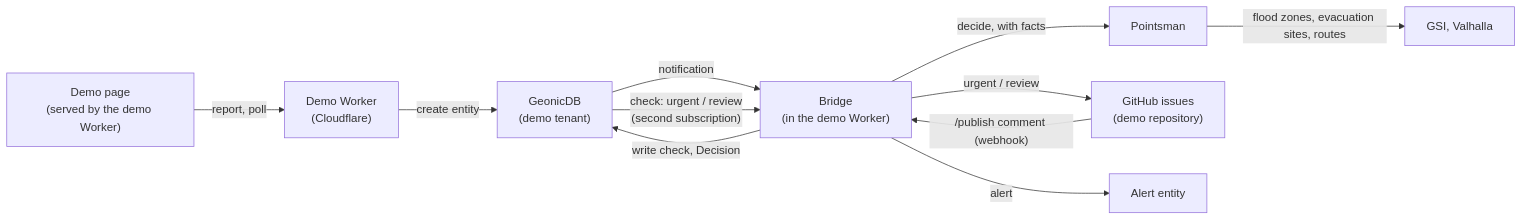
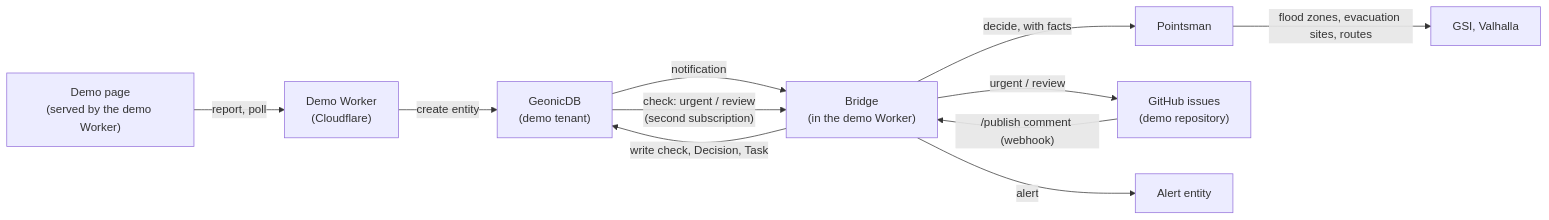
Before and after one commit to geolonia/pointsman: the diagram in docs/fiware-demo.md, drawn with Mermaid. The commit also changed other lines of this file and 8 other files, not shown here.

First line of the commit message:
Bridge: create a Task entity for decisions that need a person (#82)

````diff
--- a/docs/fiware-demo.md
+++ b/docs/fiware-demo.md
@@ -140,13 +144,13 @@
 ```mermaid
 flowchart LR
   Page["Demo page<br/>(served by the demo Worker)"] -->|report, poll| API["Demo Worker<br/>(Cloudflare)"]
   API -->|create entity| Broker["GeonicDB<br/>(demo tenant)"]
   Broker -->|notification| Bridge["Bridge<br/>(in the demo Worker)"]
   Bridge -->|decide, with facts| PM["Pointsman"]
   PM -->|flood zones, evacuation sites, routes| Geo["GSI, Valhalla"]
-  Bridge -->|write check, Decision| Broker
+  Bridge -->|write check, Decision, Task| Broker
   Bridge -->|urgent / review| GH["GitHub issues<br/>(demo repository)"]
   GH -->|"/publish comment (webhook)"| Bridge
   Broker -->|"check: urgent / review<br/>(second subscription)"| Bridge
   Bridge -->|alert| Alert["Alert entity"]
 ```
````
